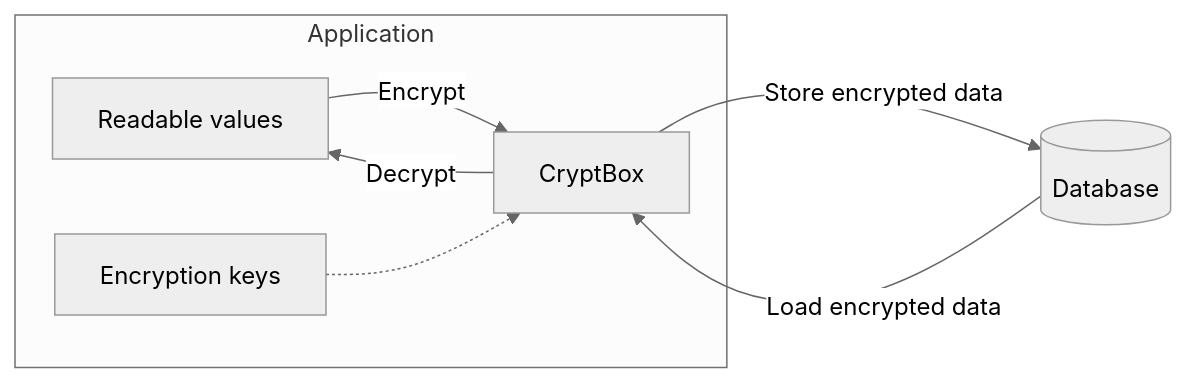
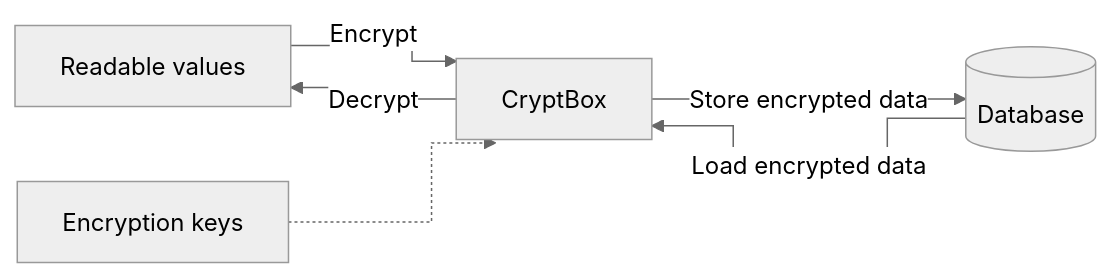
Before and after one commit to sagikazarmark/cryptbox: the diagram in README.md, drawn with Mermaid (neutral theme).

Commit message:
docs: adjust the main mermaid

````diff
--- a/README.md
+++ b/README.md
@@ -12,13 +12,16 @@
 ```mermaid
+---
+config:
+  flowchart:
+    curve: step
+---
 flowchart LR
-    subgraph Application
-        values[Readable values]
-        cryptbox[CryptBox]
-        keys[Encryption keys]
-        values -->|Encrypt| cryptbox
-        cryptbox -->|Decrypt| values
-        keys -.-> cryptbox
-    end
+    values[Readable values]
+    cryptbox[CryptBox]
+    keys[Encryption keys]
+    values -->|Encrypt| cryptbox
+    cryptbox -->|Decrypt| values
+    keys -.-> cryptbox
     cryptbox -->|Store encrypted data| database[(Database)]
     database -->|Load encrypted data| cryptbox
 ```
````
